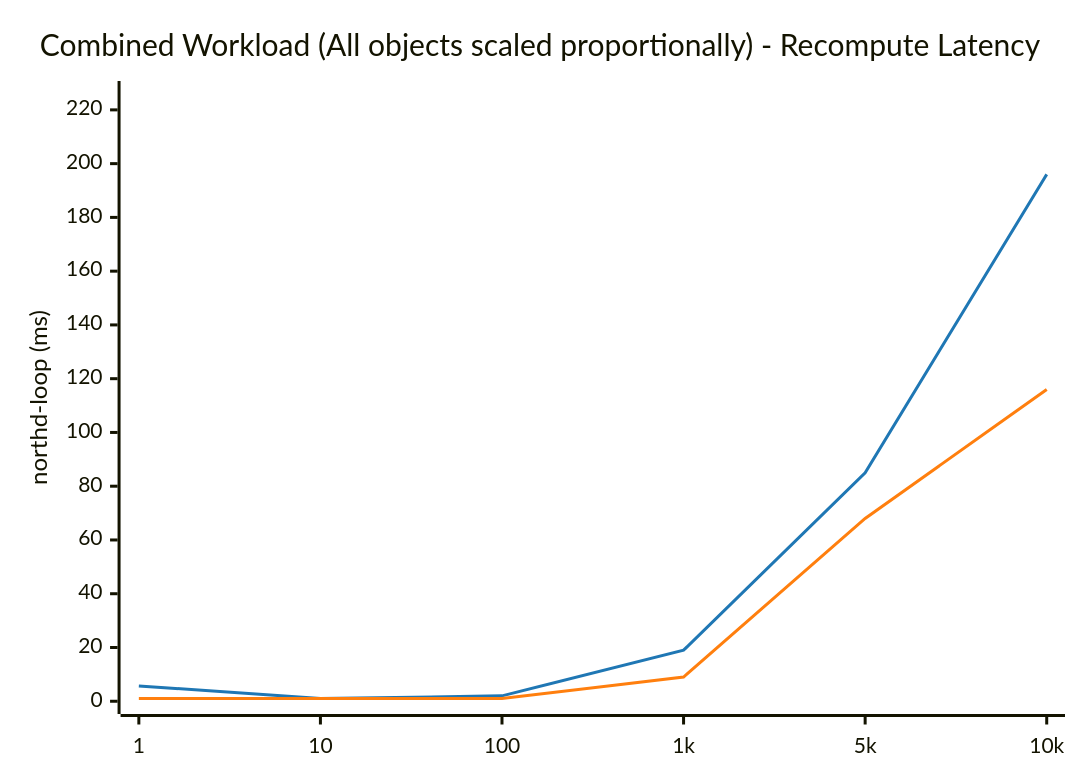
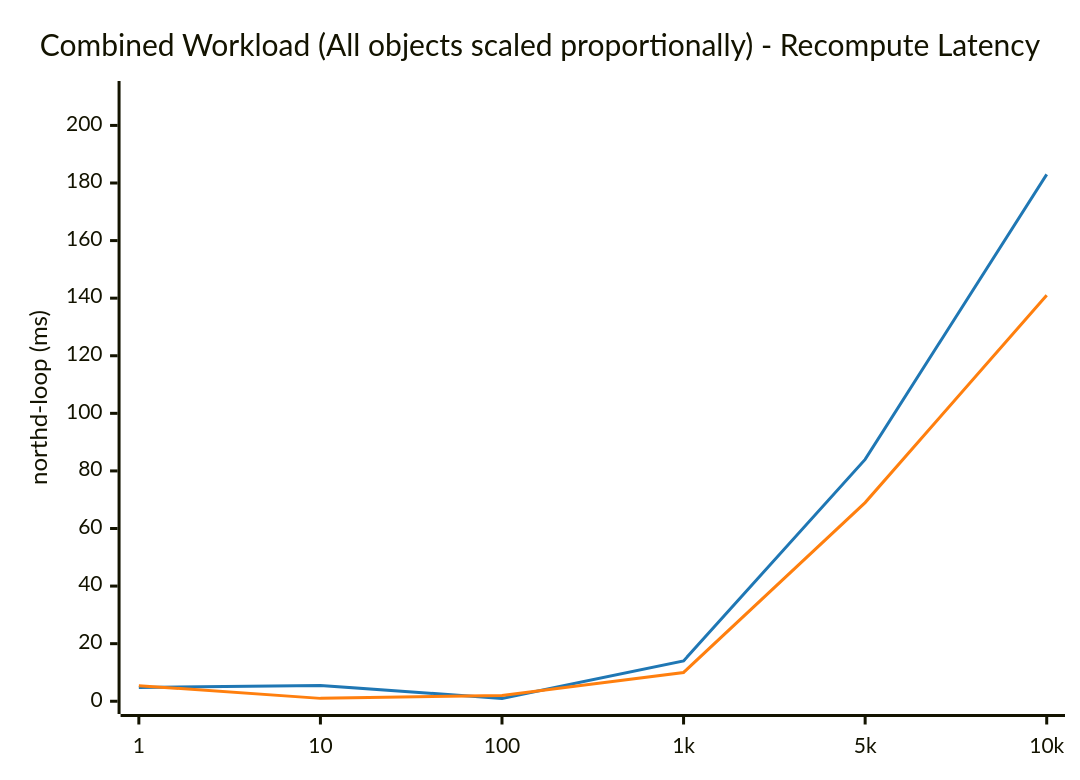
Before and after one commit to LionelJouin/ovs-ovn-bench: diagram 15 of 16 in results/BENCHMARK_REPORT.md, drawn with Mermaid. The commit also changed other lines of this file and 1 other file, not shown here.

````diff
--- a/results/BENCHMARK_REPORT.md
+++ b/results/BENCHMARK_REPORT.md
@@ -749,14 +749,14 @@
 ```mermaid
 ---
 config:
     themeVariables:
         xyChart:
             plotColorPalette: "#1f77b4, #ff7f0e"
 ---
 xychart-beta
     title "Combined Workload (All objects scaled proportionally) - Recompute Latency"
     x-axis ["1", "10", "100", "1k", "5k", "10k"]
-    y-axis "northd-loop (ms)" 0 --> 226
-    line "glibc malloc" [5.7, 1.0, 2.0, 19.0, 85.0, 196.0]
-    line "jemalloc" [1.0, 1.0, 1.0, 9.0, 68.0, 116.0]
+    y-axis "northd-loop (ms)" 0 --> 211
+    line "glibc malloc" [4.8, 5.5, 1.0, 14.0, 84.0, 183.0]
+    line "jemalloc" [5.4, 1.0, 2.0, 10.0, 69.0, 141.0]
 ```
````
